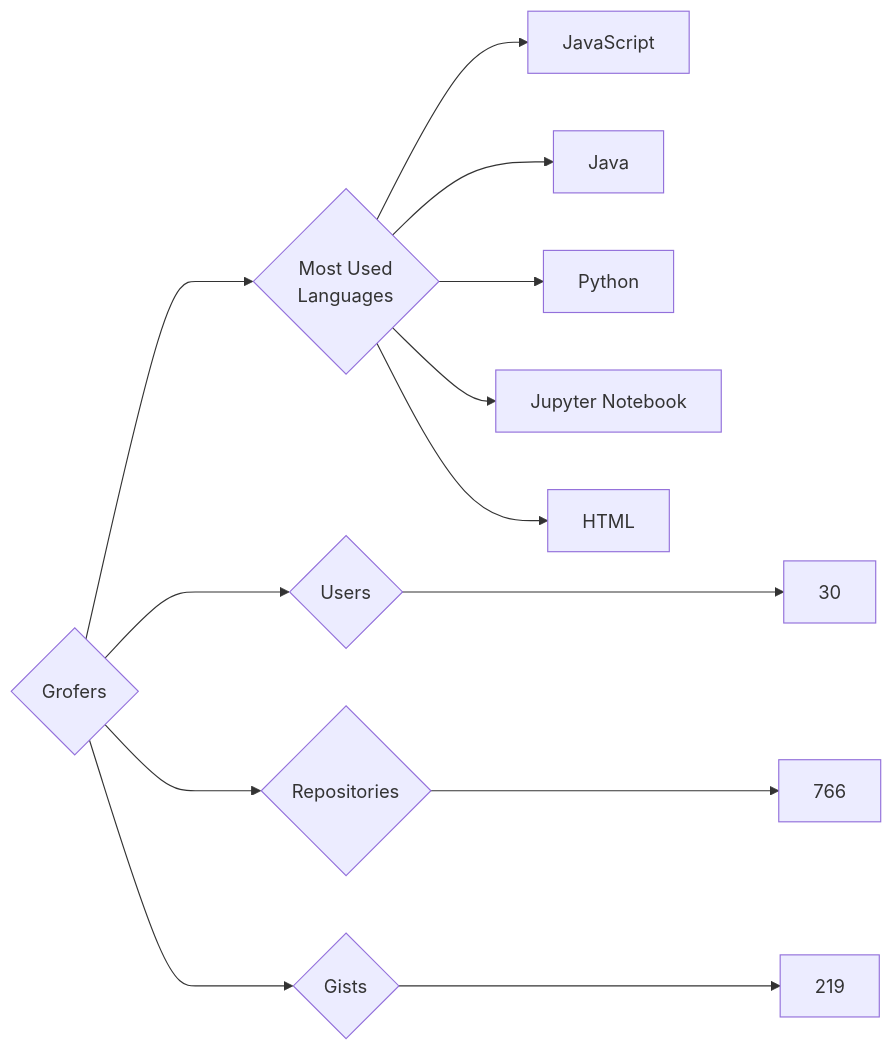
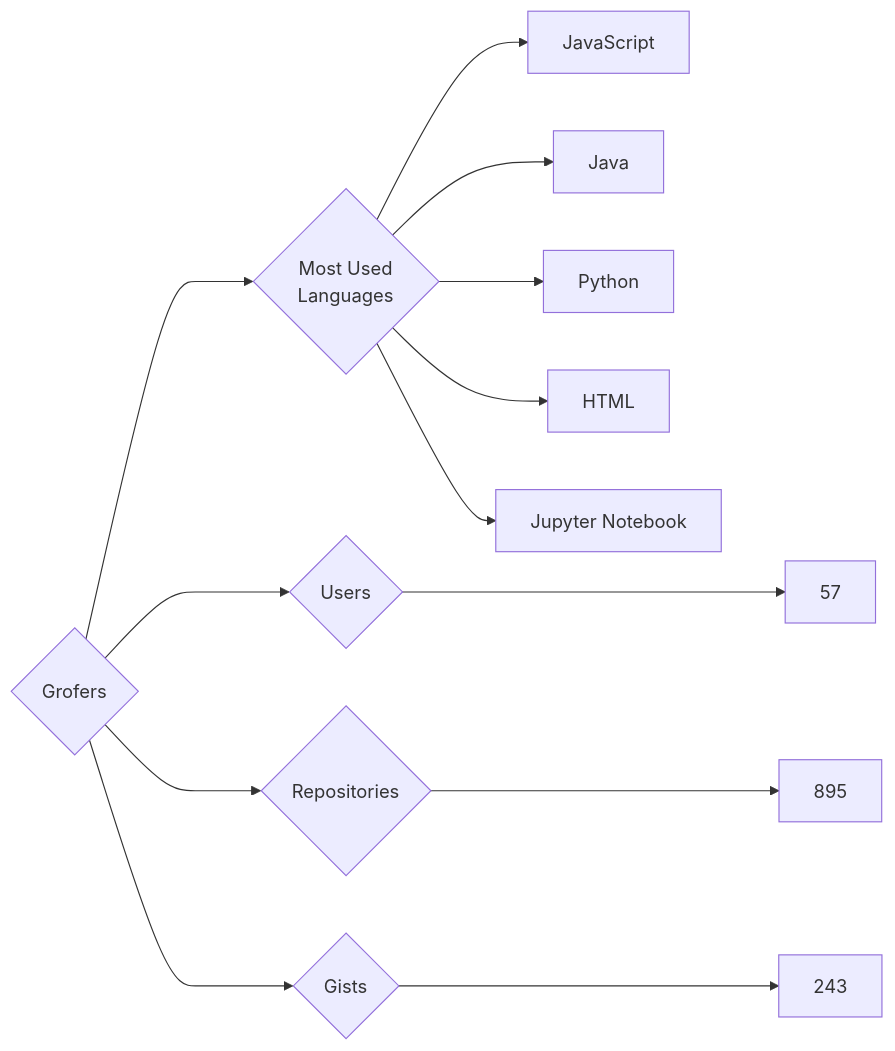
Before and after one commit to trickest/insiders: the diagram in targets/Grofers/README.md, drawn with Mermaid. The commit also changed 681 other files, not shown here.

````diff
--- a/targets/Grofers/README.md
+++ b/targets/Grofers/README.md
@@ -3,13 +3,13 @@
 ```mermaid
 graph LR
 COMPANY_NAME{Grofers}
-COMPANY_NAME ---> U{Users} ---> UN[30]
-COMPANY_NAME ---> R{Repositories} ---> RN[766]
-COMPANY_NAME ---> G{Gists} ---> GN[219]
+COMPANY_NAME ---> U{Users} ---> UN[57]
+COMPANY_NAME ---> R{Repositories} ---> RN[895]
+COMPANY_NAME ---> G{Gists} ---> GN[243]
 COMPANY_NAME ---> ML{Most Used<br>Languages}
 ML --> JavaScript[JavaScript]
 ML --> Java[Java]
 ML --> Python[Python]
+ML --> HTML[HTML]
 ML --> Jupyter_Notebook[Jupyter Notebook]
-ML --> HTML[HTML]
 ```
````
